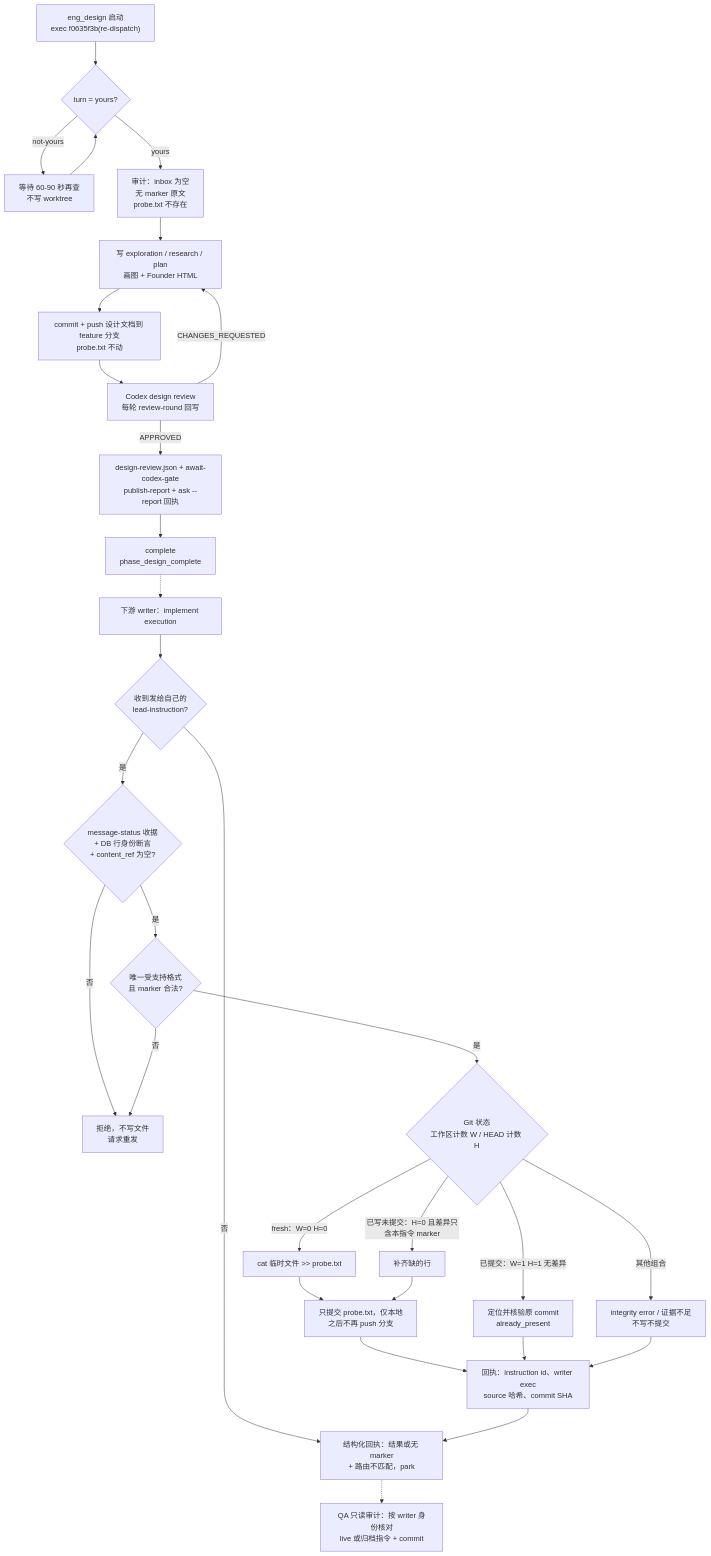
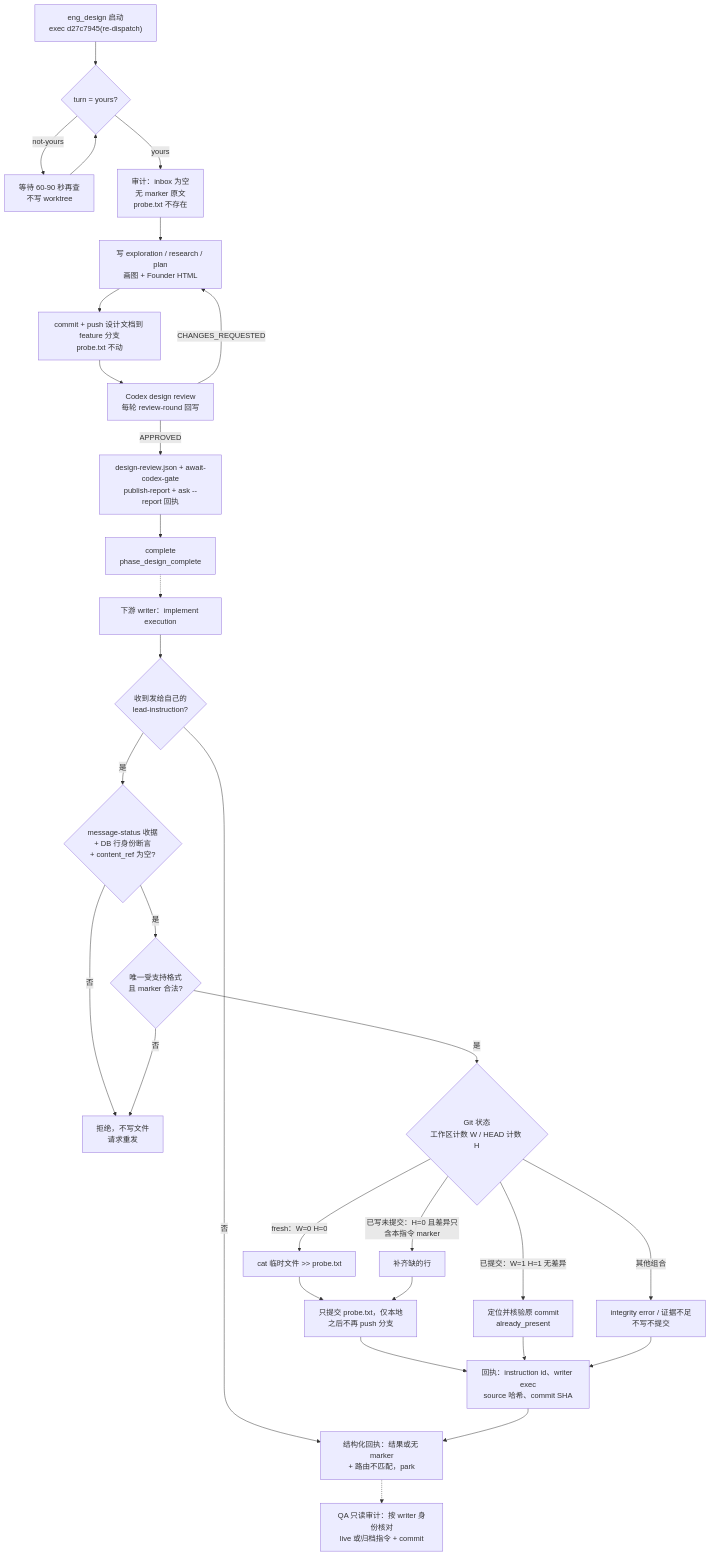
The diagram in engineering/doc/FLY-3164-claude-transport-canary/core-flow.mmd (xrliAnnie/flywheel-qa-sandbox), drawn with Mermaid before and after one commit. The commit also changed 5 other files, not shown here.

```diff
--- a/engineering/doc/FLY-3164-claude-transport-canary/core-flow.mmd
+++ b/engineering/doc/FLY-3164-claude-transport-canary/core-flow.mmd
@@ -1,30 +1,30 @@
 flowchart TD
-    A["eng_design 启动<br/>exec f0635f3b(re-dispatch)"] --> B{"turn = yours?"}
+    A["eng_design 启动<br/>exec d27c7945(re-dispatch)"] --> B{"turn = yours?"}
     B -- "not-yours" --> W["等待 60-90 秒再查<br/>不写 worktree"]
     W --> B
     B -- "yours" --> C["审计：inbox 为空<br/>无 marker 原文<br/>probe.txt 不存在"]
     C --> D["写 exploration / research / plan<br/>画图 + Founder HTML"]
     D --> E["commit + push 设计文档到 feature 分支<br/>probe.txt 不动"]
     E --> F["Codex design review<br/>每轮 review-round 回写"]
     F -- "CHANGES_REQUESTED" --> D
     F -- "APPROVED" --> G["design-review.json + await-codex-gate<br/>publish-report + ask --report 回执"]
     G --> H["complete<br/>phase_design_complete"]
     H -.-> I["下游 writer：implement execution"]
     I --> J{"收到发给自己的<br/>lead-instruction?"}
     J -- "否" --> P["结构化回执：结果或无 marker<br/>+ 路由不匹配，park"]
     J -- "是" --> K{"message-status 收据<br/>+ DB 行身份断言<br/>+ content_ref 为空?"}
     K -- "否" --> R["拒绝，不写文件<br/>请求重发"]
     K -- "是" --> L{"唯一受支持格式<br/>且 marker 合法?"}
     L -- "否" --> R
     L -- "是" --> M{"Git 状态<br/>工作区计数 W / HEAD 计数 H"}
     M -- "fresh：W=0 H=0" --> O["cat 临时文件 >> probe.txt"]
     M -- "已写未提交：H=0 且差异只含本指令 marker" --> O2["补齐缺的行"]
     M -- "已提交：W=1 H=1 无差异" --> N["定位并核验原 commit<br/>already_present"]
     M -- "其他组合" --> X["integrity error / 证据不足<br/>不写不提交"]
     O --> CM["只提交 probe.txt，仅本地<br/>之后不再 push 分支"]
     O2 --> CM
     CM --> Q["回执：instruction id、writer exec<br/>source 哈希、commit SHA"]
     N --> Q
     X --> Q
     Q --> P
     P -.-> QA["QA 只读审计：按 writer 身份核对<br/>live 或归档指令 + commit"]
```
